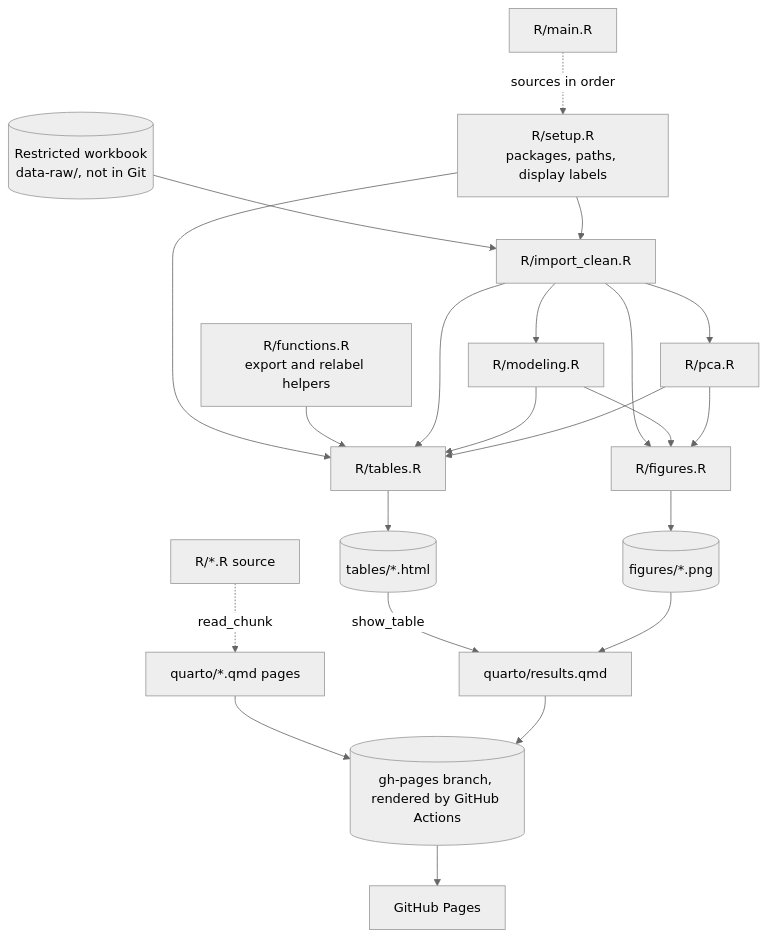
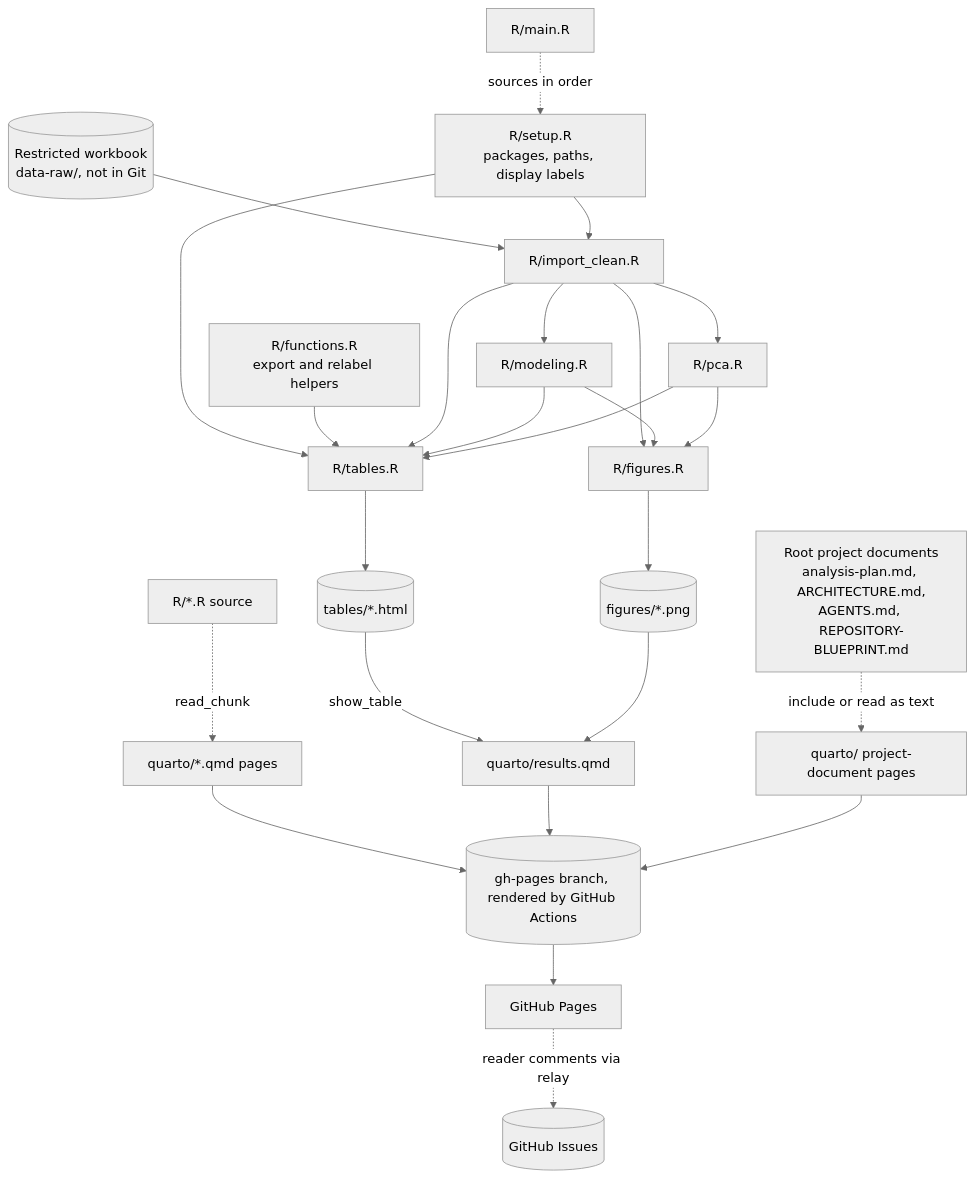
One commit to VagishHemmige/Pirofski-cryptococcus-study changed the diagram in ARCHITECTURE.md. Above: the diagram before and after it, drawn with Mermaid (neutral theme). The commit also changed other lines of this file, not shown here.

First line of the commit message:
Refresh ARCHITECTURE.md for today's website changes

````diff
--- a/ARCHITECTURE.md
+++ b/ARCHITECTURE.md
@@ -16,24 +16,27 @@
 ```mermaid
 flowchart TD
     W[(Restricted workbook<br/>data-raw/, not in Git)] --> IC[R/import_clean.R]
     S[R/setup.R<br/>packages, paths, display labels] --> IC
     S --> T
     F[R/functions.R<br/>export and relabel helpers] --> T
     IC --> M[R/modeling.R]
     IC --> P[R/pca.R]
     IC --> T[R/tables.R]
     IC --> G[R/figures.R]
     M --> T
     M --> G
     P --> T
     P --> G
     T --> TO[(tables/*.html)]
     G --> FO[(figures/*.png)]
     R[R/*.R source] -. read_chunk .-> Q[quarto/*.qmd pages]
     TO -- show_table --> RES[quarto/results.qmd]
     FO --> RES
+    DOCS[Root project documents<br/>analysis-plan.md, ARCHITECTURE.md,<br/>AGENTS.md, REPOSITORY-BLUEPRINT.md] -. include or read as text .-> PD[quarto/ project-document pages]
     Q --> D[(gh-pages branch, rendered by GitHub Actions)]
     RES --> D
+    PD --> D
     D --> GH[GitHub Pages]
+    GH -. reader comments via relay .-> ISS[(GitHub Issues)]
     MAIN[R/main.R] -. sources in order .-> S
 ```
````
